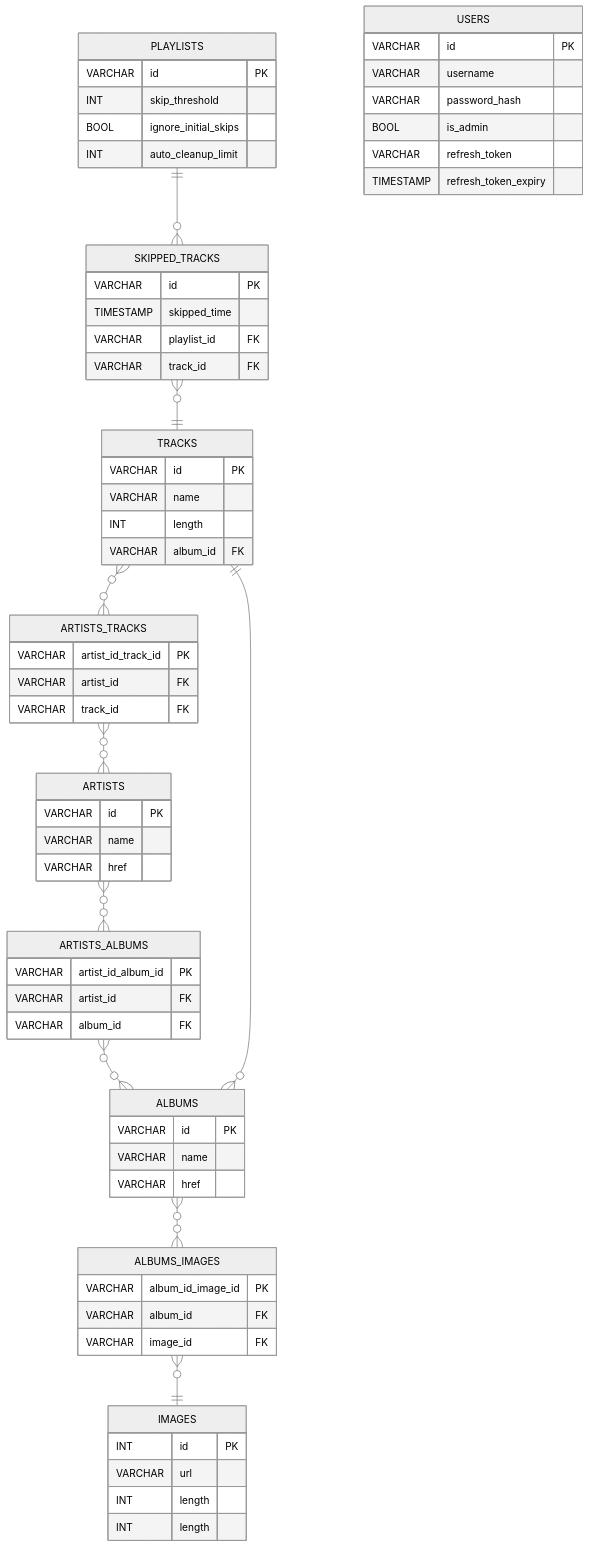
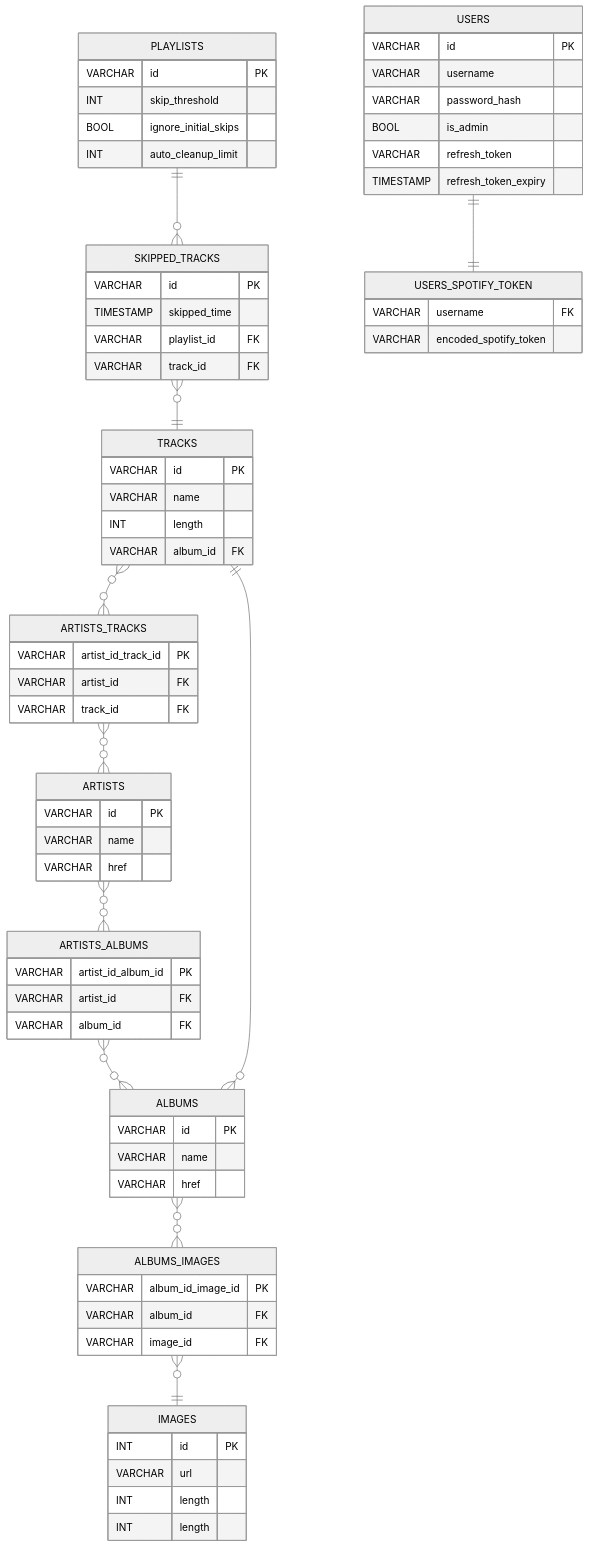
The diagram in docs/entity-relationship-diagram.md (paulmccarron/spotify-playlist-janitor), drawn with Mermaid before and after one commit. The commit also changed 30 other files, not shown here.

````diff
--- a/docs/entity-relationship-diagram.md
+++ b/docs/entity-relationship-diagram.md
@@ -14,6 +14,7 @@
     TRACKS ||--o{ ALBUMS : ""
     ALBUMS }o--o{ ALBUMS_IMAGES : ""
     ALBUMS_IMAGES }o--|| IMAGES : ""
+    USERS ||--|| USERS_SPOTIFY_TOKEN : ""
 
     PLAYLISTS {
         VARCHAR id PK
@@ -81,4 +82,9 @@
         VARCHAR refresh_token
         TIMESTAMP refresh_token_expiry
     }
+    
+    USERS_SPOTIFY_TOKEN {
+        VARCHAR username FK
+        VARCHAR encoded_spotify_token
+    }
 ```
````
